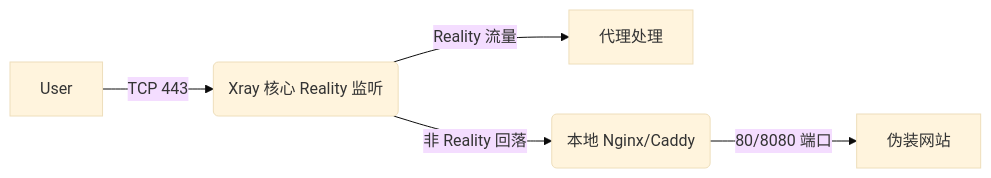
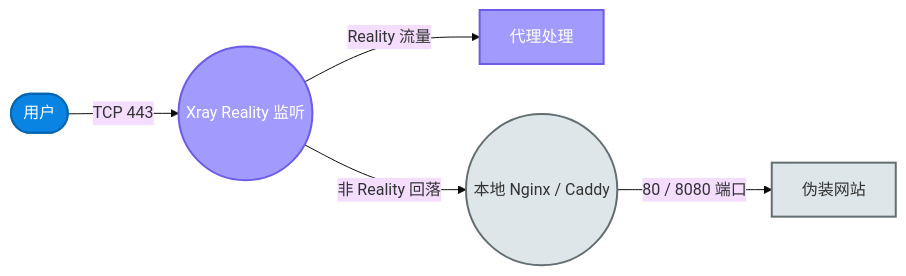
Before and after one commit to currycan/sb-xray: the fifth of 11 diagrams in docs/01-architecture-and-traffic.md, drawn with Mermaid (base theme). The commit also changed other lines of this file and 5 other files, not shown here.

````diff
--- a/docs/01-architecture-and-traffic.md
+++ b/docs/01-architecture-and-traffic.md
@@ -251,7 +258,11 @@
 ```mermaid
-graph LR
-    User -->|"TCP 443"| Xray("Xray 核心 Reality 监听")
-    Xray -- "Reality 流量" --> Proxy["代理处理"]
-    Xray -- "非 Reality 回落" --> LocalWeb("本地 Nginx/Caddy")
-    LocalWeb -- "80/8080 端口" --> App["伪装网站"]
+flowchart LR
+    classDef entry    fill:#0984e3,stroke:#0566b3,stroke-width:2px,color:#fff
+    classDef xray     fill:#a29bfe,stroke:#6c5ce7,stroke-width:2px,color:#fff
+    classDef app      fill:#dfe6e9,stroke:#636e72,stroke-width:2px,color:#333
+
+    User(["用户"]):::entry -- "TCP 443" --> Xray(("Xray Reality 监听")):::xray
+    Xray -- "Reality 流量" --> Proxy["代理处理"]:::xray
+    Xray -- "非 Reality 回落" --> LocalWeb(("本地 Nginx / Caddy")):::app
+    LocalWeb -- "80 / 8080 端口" --> App["伪装网站"]:::app
 ```
````
